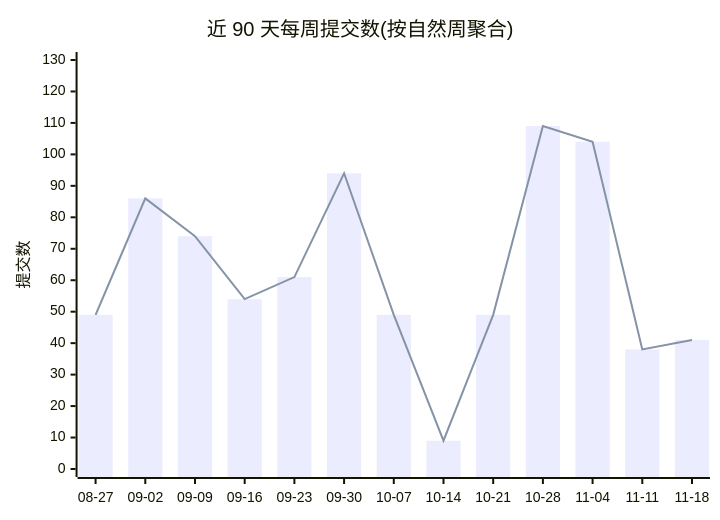
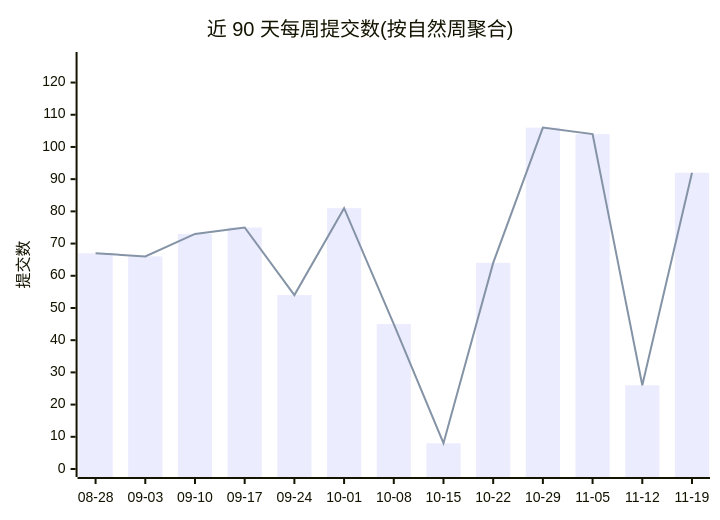
One commit to Conflux-Union/.github changed the first of 2 diagrams in profile/README.md. Above: the diagram before and after it, drawn with Mermaid. The commit also changed other lines of this file and 1 other file, not shown here.

````diff
--- a/profile/README.md
+++ b/profile/README.md
@@ -47,8 +47,8 @@
 ```mermaid
 xychart-beta
     title "近 90 天每周提交数(按自然周聚合)"
-    x-axis ["08-27", "09-02", "09-09", "09-16", "09-23", "09-30", "10-07", "10-14", "10-21", "10-28", "11-04", "11-11", "11-18"]
-    y-axis "提交数" 0 --> 130
-    bar [49, 86, 74, 54, 61, 94, 49, 9, 49, 109, 104, 38, 41]
-    line [49, 86, 74, 54, 61, 94, 49, 9, 49, 109, 104, 38, 41]
+    x-axis ["08-28", "09-03", "09-10", "09-17", "09-24", "10-01", "10-08", "10-15", "10-22", "10-29", "11-05", "11-12", "11-19"]
+    y-axis "提交数" 0 --> 127
+    bar [67, 66, 73, 75, 54, 81, 45, 8, 64, 106, 104, 26, 92]
+    line [67, 66, 73, 75, 54, 81, 45, 8, 64, 106, 104, 26, 92]
 ```
````
